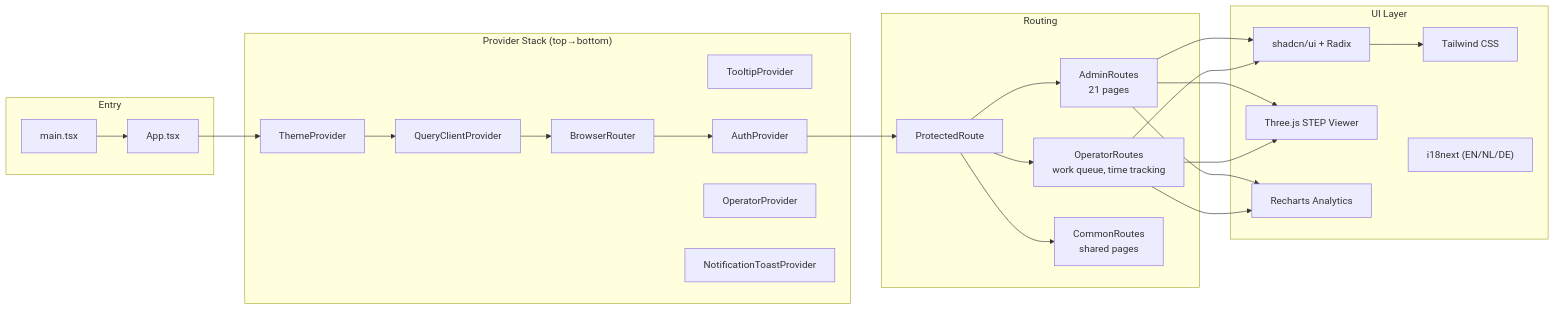
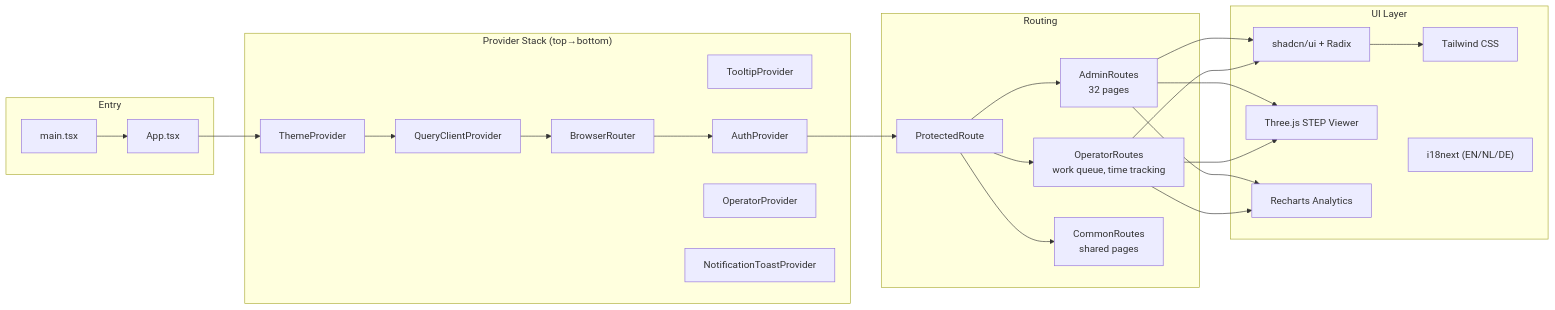
Before and after one commit to SheetMetalConnect/eryxon-flow: the second of 6 diagrams in docs/ARCHITECTURE.md, drawn with Mermaid. The commit also changed 12 other files, not shown here.

````diff
--- a/docs/ARCHITECTURE.md
+++ b/docs/ARCHITECTURE.md
@@ -58,37 +58,37 @@
 ```mermaid
 graph LR
     subgraph Entry
         main[main.tsx] --> App[App.tsx]
     end
 
     subgraph Providers["Provider Stack (top→bottom)"]
         Theme[ThemeProvider]
         QueryProvider[QueryClientProvider]
         Tooltip[TooltipProvider]
         BrowserRouter
         AuthProvider
         OperatorProvider
         Notifications[NotificationToastProvider]
     end
 
     subgraph Routing
         ProtectedRoute
-        AdminRoutes["AdminRoutes<br/>21 pages"]
+        AdminRoutes["AdminRoutes<br/>32 pages"]
         OperatorRoutes["OperatorRoutes<br/>work queue, time tracking"]
         CommonRoutes["CommonRoutes<br/>shared pages"]
     end
 
     subgraph UILayer["UI Layer"]
         shadcn["shadcn/ui + Radix"]
         Tailwind[Tailwind CSS]
         ThreeJS["Three.js STEP Viewer"]
         Recharts[Recharts Analytics]
         i18n["i18next (EN/NL/DE)"]
     end
 
     App --> Theme --> QueryProvider --> BrowserRouter --> AuthProvider
     AuthProvider --> ProtectedRoute
     ProtectedRoute --> AdminRoutes & OperatorRoutes & CommonRoutes
     AdminRoutes & OperatorRoutes --> shadcn & ThreeJS & Recharts
     shadcn --> Tailwind
 ```
````
